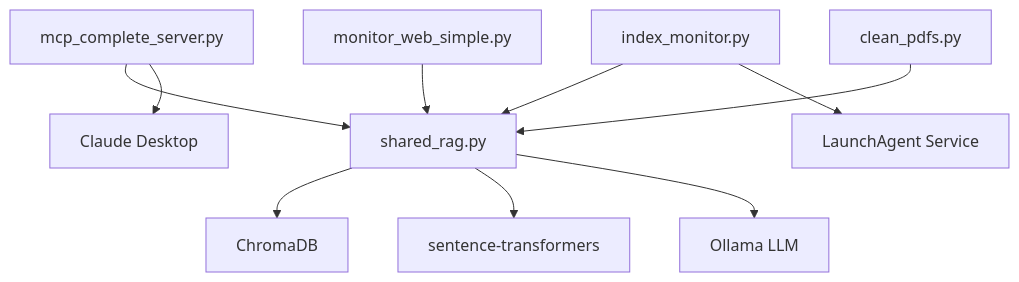
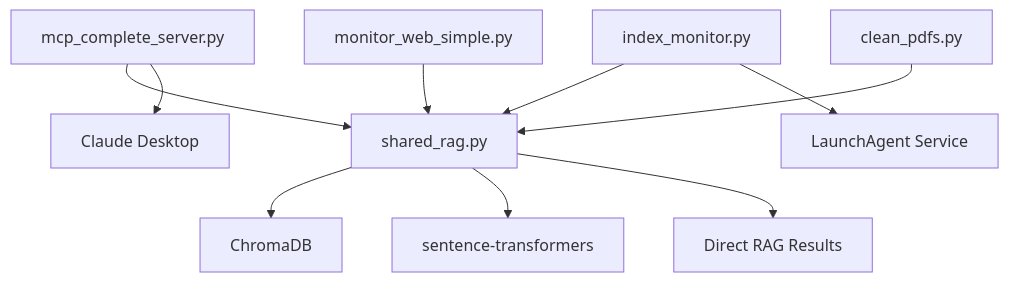
The diagram in PROJECT_STRUCTURE.md (hpoliset/PersonalDocLibraryRAGMCP), drawn with Mermaid before and after one commit. The commit also changed other lines of this file and 33 other files, not shown here.

````diff
--- a/PROJECT_STRUCTURE.md
+++ b/PROJECT_STRUCTURE.md
@@ -100,12 +189,12 @@
 ```mermaid
 graph TD
     A[mcp_complete_server.py] --> B[shared_rag.py]
     C[index_monitor.py] --> B
     D[monitor_web_simple.py] --> B
     E[clean_pdfs.py] --> B
     B --> F[ChromaDB]
     B --> G[sentence-transformers]
-    B --> H[Ollama LLM]
+    B --> H[Direct RAG Results]
     A --> I[Claude Desktop]
     C --> J[LaunchAgent Service]
 ```
````
